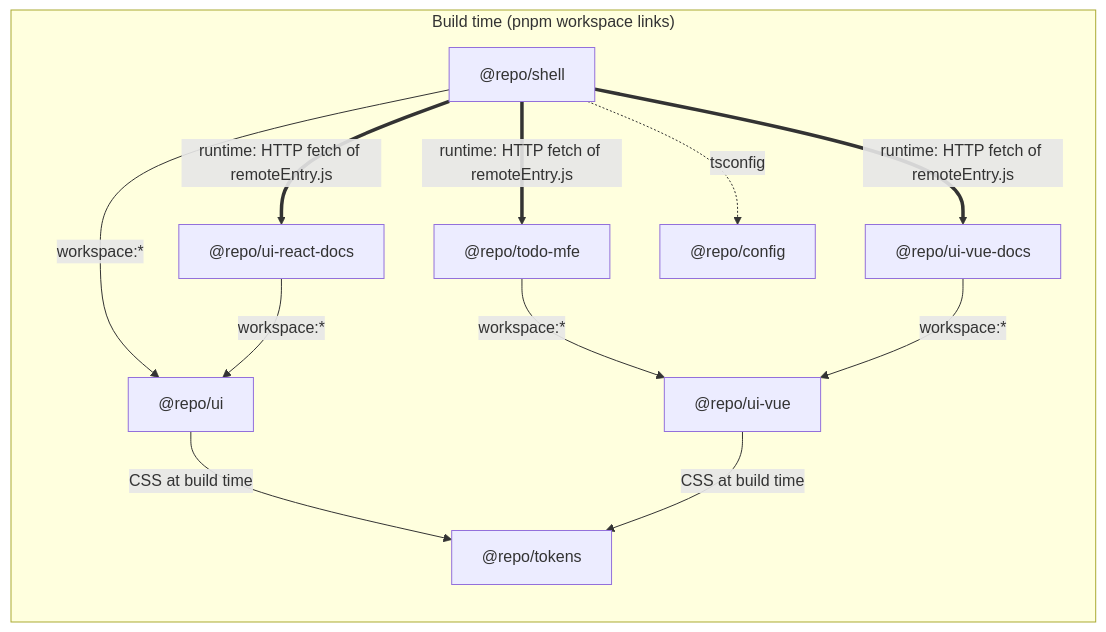
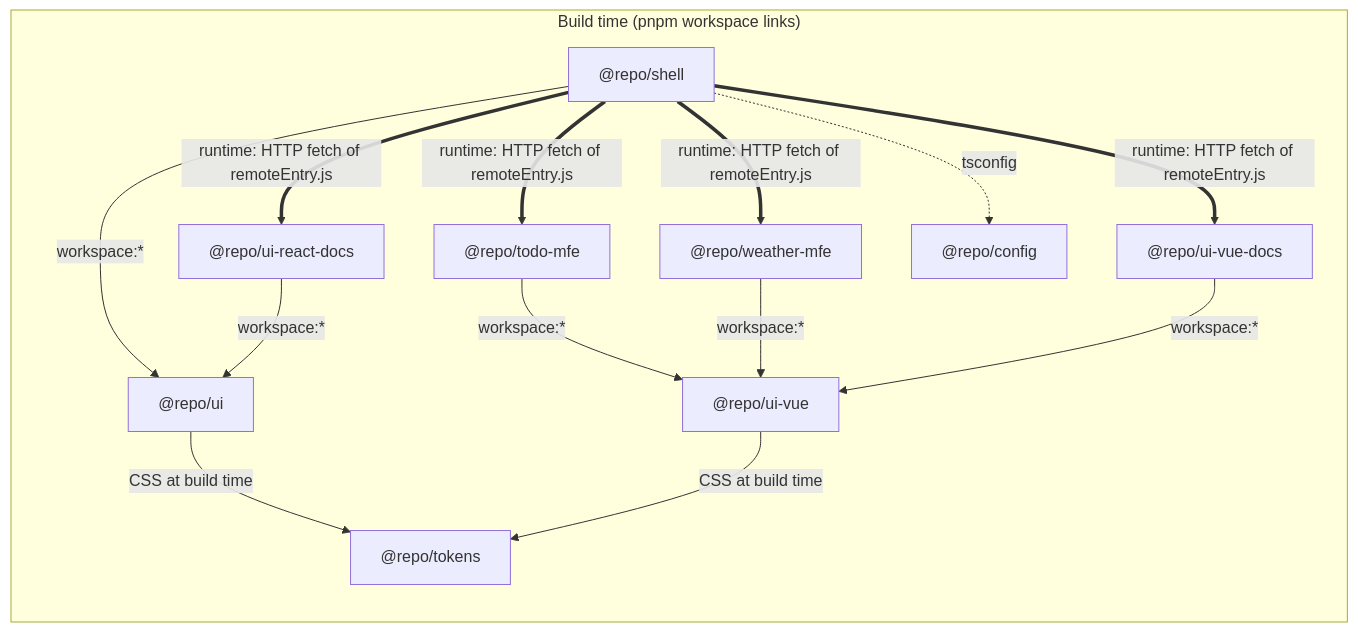
One commit to themis1986/hybrid-mfe-lab changed the first of 2 diagrams in documents/how-it-works.md. Above: the diagram before and after it, drawn with Mermaid. The commit also changed other lines of this file and 3 other files, not shown here.

Commit message:
docs: add the weather remote

````diff
--- a/documents/how-it-works.md
+++ b/documents/how-it-works.md
@@ -36,15 +37,17 @@
 ```mermaid
 graph LR
   subgraph "Build time (pnpm workspace links)"
     shell["@repo/shell"] -- "workspace:*" --> ui["@repo/ui"]
     mfe["@repo/todo-mfe"] -- "workspace:*" --> uivue["@repo/ui-vue"]
+    weather["@repo/weather-mfe"] -- "workspace:*" --> uivue
     docs["@repo/ui-vue-docs"] -- "workspace:*" --> uivue
     rdocs["@repo/ui-react-docs"] -- "workspace:*" --> ui
     ui -- "CSS at build time" --> tokens["@repo/tokens"]
     uivue -- "CSS at build time" --> tokens
     shell -. tsconfig .-> config["@repo/config"]
   end
   shell == "runtime: HTTP fetch of remoteEntry.js" ==> mfe
+  shell == "runtime: HTTP fetch of remoteEntry.js" ==> weather
   shell == "runtime: HTTP fetch of remoteEntry.js" ==> docs
   shell == "runtime: HTTP fetch of remoteEntry.js" ==> rdocs
 ```
````
